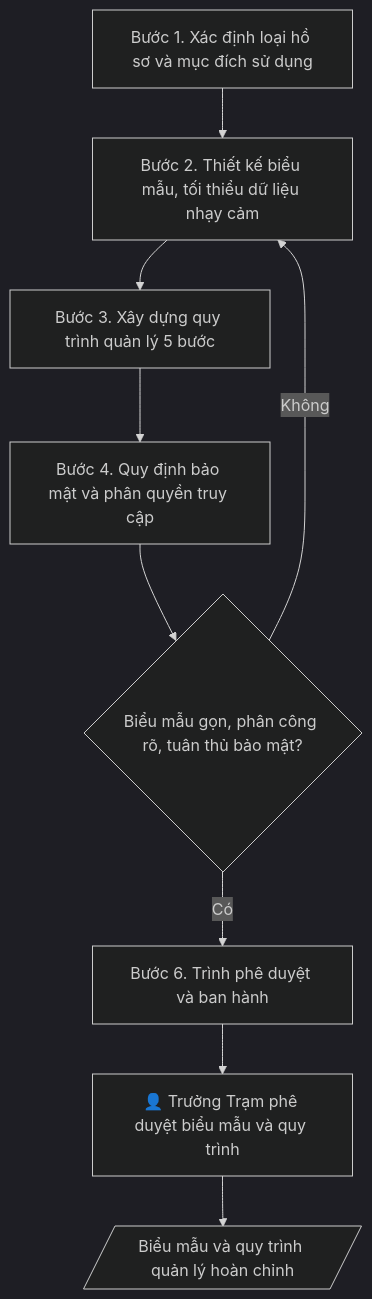
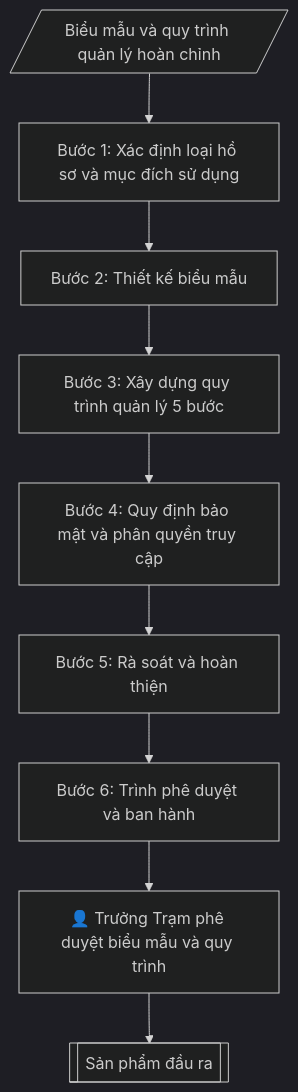
The diagram in skills/ho-so-quan-ly-suc-khoe/SKILL.md (phamtruong91/dh-skills), drawn with Mermaid (dark theme) before and after one commit. The commit also changed 124 other files, not shown here.

First line of the commit message:
Khôi phục quy trình đầy đủ cho 58 skill bị rút gọn (nghiệp vụ gốc + ràng buộc pháp lý từ phap-ly.md)

````diff
--- a/skills/ho-so-quan-ly-suc-khoe/SKILL.md
+++ b/skills/ho-so-quan-ly-suc-khoe/SKILL.md
@@ -109,14 +109,11 @@
 ```mermaid
 flowchart TD
-    A["Bước 1. Xác định loại hồ sơ và mục đích sử dụng"]
-    B["Bước 2. Thiết kế biểu mẫu, tối thiểu dữ liệu nhạy cảm"]
-    C["Bước 3. Xây dựng quy trình quản lý 5 bước"]
-    D["Bước 4. Quy định bảo mật và phân quyền truy cập"]
-    E{"Biểu mẫu gọn, phân công rõ, tuân thủ bảo mật?"}
-    F["Bước 6. Trình phê duyệt và ban hành"]
-    HG["👤 Trưởng Trạm phê duyệt biểu mẫu và quy trình"]
-    O[/"Biểu mẫu và quy trình quản lý hoàn chỉnh"/]
-    A --> B --> C --> D --> E
-    E -->|Không| B
-    E -->|Có| F --> HG --> O
+    IN[/"Biểu mẫu và quy trình quản lý hoàn chỉnh"/] --> B1["Bước 1: Xác định loại hồ sơ và mục đích sử dụng"]
+    B1 --> B2["Bước 2: Thiết kế biểu mẫu"]
+    B2 --> B3["Bước 3: Xây dựng quy trình quản lý 5 bước"]
+    B3 --> B4["Bước 4: Quy định bảo mật và phân quyền truy cập"]
+    B4 --> B5["Bước 5: Rà soát và hoàn thiện"]
+    B5 --> B6["Bước 6: Trình phê duyệt và ban hành"]
+    B6 --> HG["👤 Trưởng Trạm phê duyệt biểu mẫu và quy trình"]
+    HG --> OUT[["Sản phẩm đầu ra"]]
 ```
````
